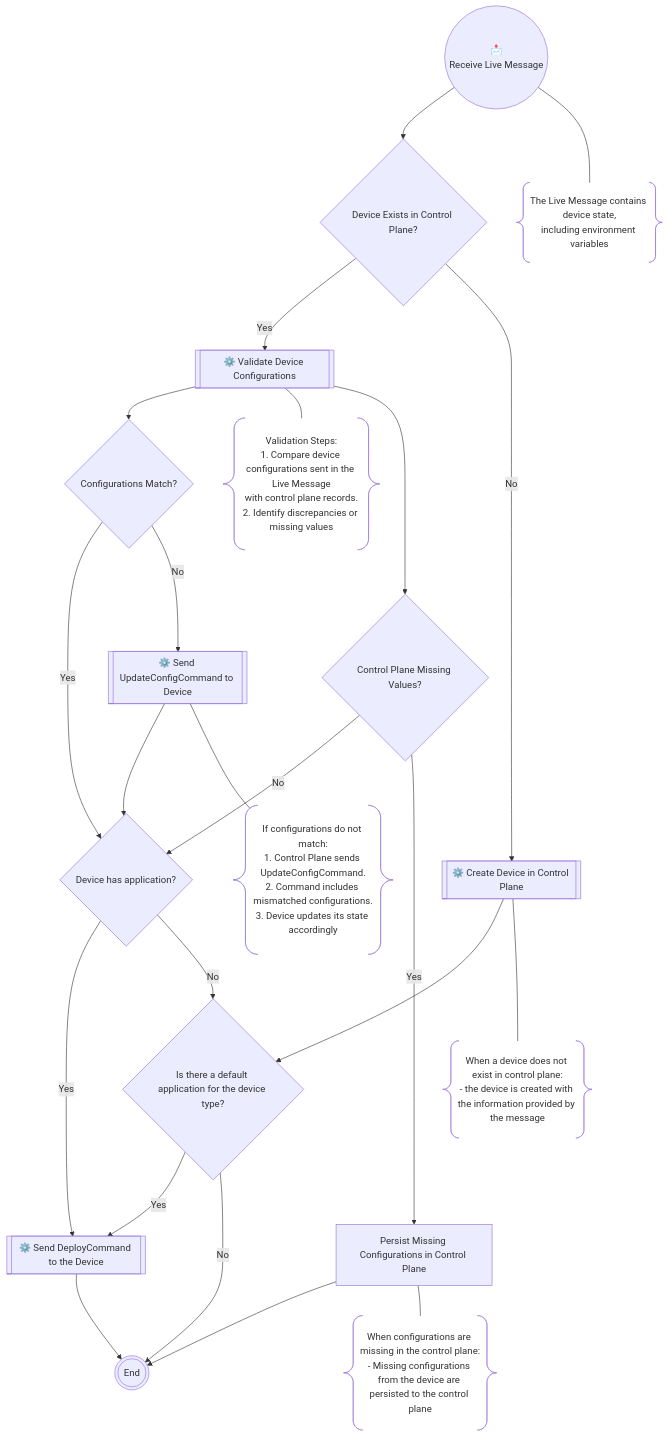
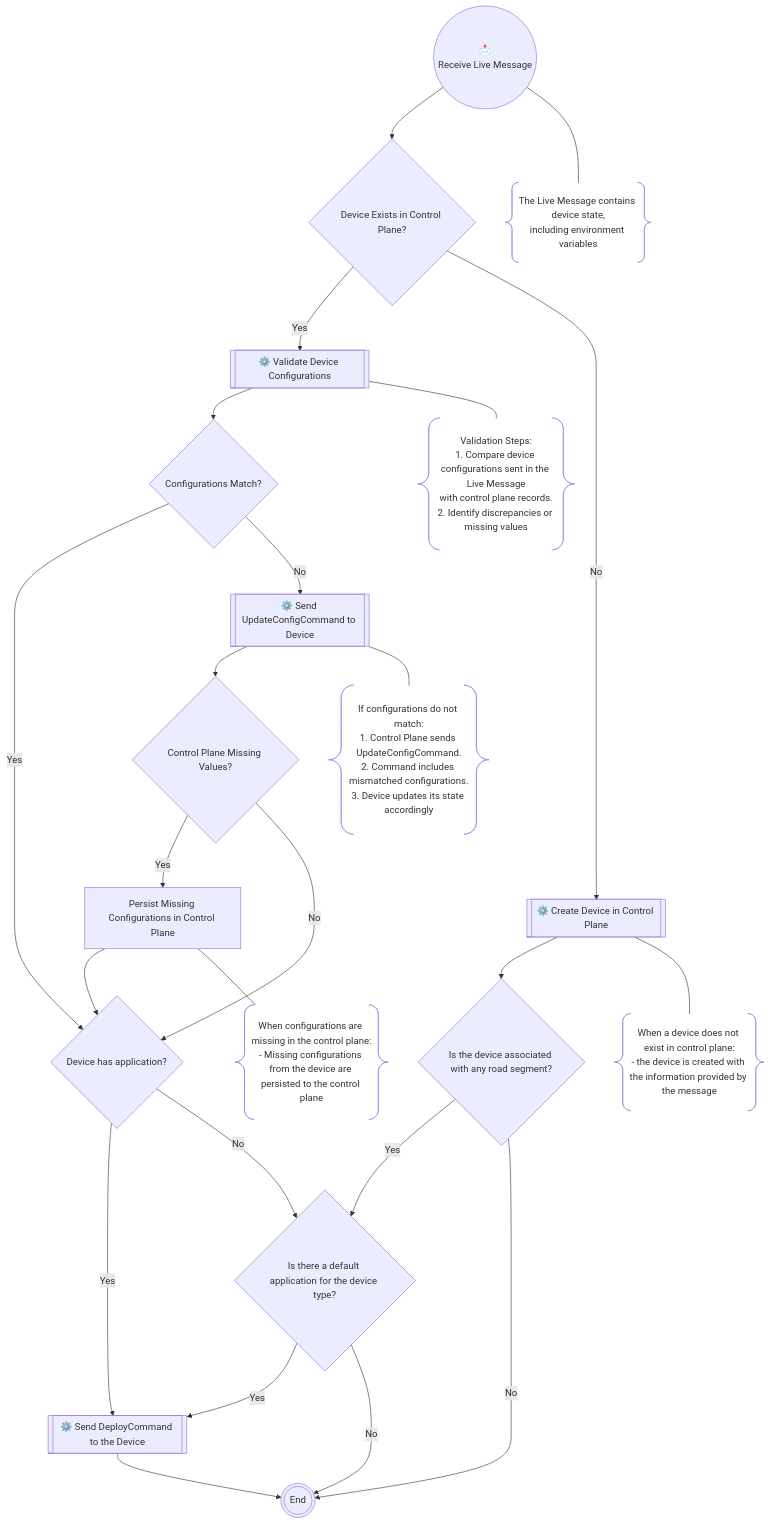
Before and after one commit to upv-tfm-iot/documentation: the diagram in _pages/7-live-message-flow.md, drawn with Mermaid.

Commit message:
update project

````diff
--- a/_pages/7-live-message-flow.md
+++ b/_pages/7-live-message-flow.md
@@ -11,38 +11,46 @@
 ```mermaid
 flowchart TD
     ReceiveMessage@{ shape: circle, label: "📩 <br/>Receive Live Message" }
     ReceiveMessage --> DeviceExists@{ shape: decision, label: "Device Exists in Control Plane?" }
     ReceiveMessage --- NoteReceive@{ shape: braces, label: "The Live Message contains device state,<br/>including environment variables" }
 
+    End@{ shape: dbl-circ, label: "End" }
+
     %% Device existence check
     DeviceExists -- Yes --> ValidateConfigurations@{ shape: subproc, label: "⚙️ Validate Device Configurations"}
     DeviceExists -- No --> CreateDevice@{ shape: subproc, label: "⚙️ Create Device in Control Plane"}
-    CreateDevice --> DefaultApplication{ Is there a default application for the device type? }
+    CreateDevice --> CheckDeviceSegment@{shape: decision, label: "Is the device associated with any road segment?" }
     CreateDevice --- NoteCreate@{ shape: braces, label: "When a device does not exist in control plane:<br/>- the device is created with the information provided by the message"}
+    CheckDeviceSegment -- Yes --> DefaultApplication{ Is there a default application for the device type? }
+    CheckDeviceSegment -- No --> End
 
     %% Validation configurations path
     ValidateConfigurations --> ConfigurationsMatch{Configurations Match?}
     ConfigurationsMatch -- Yes --> DeviceHasApplication{Device has application?}
+
     ConfigurationsMatch -- No --> UpdateCommand@{ shape: subproc, label: "⚙️ Send UpdateConfigCommand to Device"}
-    UpdateCommand --> DeviceHasApplication
+
+    
+    UpdateCommand --> MissingValues{Control Plane Missing Values?}
+
     ValidateConfigurations --- NoteValidate@{ shape: braces, label: "Validation Steps:<br/>1. Compare device configurations sent in the Live Message<br/>with control plane records.<br/>2. Identify discrepancies or missing values" }
     UpdateCommand --- NoteUpdate@{ shape: braces, label: "If configurations do not match:<br/>1. Control Plane sends UpdateConfigCommand.<br/>2. Command includes mismatched configurations.<br/>3. Device updates its state accordingly"}
 
     %% Control Plane Missing Values Path
-    ValidateConfigurations --> MissingValues{Control Plane Missing Values?}
     
-    PersistConfig --> End@{ shape: dbl-circ, label: "End" }
+    MissingValues -- Yes --> PersistConfig[Persist Missing Configurations in Control Plane]
+    PersistConfig --> DeviceHasApplication
     MissingValues -- No --> DeviceHasApplication
     PersistConfig --- NotePersist@{ shape: braces, label: "When configurations are missing in the control plane:<br/>- Missing configurations from the device are persisted to the control plane" }
 
     %% check if there is any application marked as default for the device type
-    DefaultApplication -- Yes --> DeployCommand@{ shape: subproc, label: "⚙️ Send DeployCommand to the Device"}
+    DefaultApplication{ Is there a default application for the device type? } -- Yes --> DeployCommand@{ shape: subproc, label: "⚙️ Send DeployCommand to the Device"}
     DefaultApplication -- No --> End
-
-    MissingValues -- Yes --> PersistConfig[Persist Missing Configurations in Control Plane]
 
     %% Check if the device has an application associated with it
     DeviceHasApplication -- Yes --> DeployCommand
     DeviceHasApplication -- No --> DefaultApplication
     DeployCommand --> End
+
+    %% Check if the device has all needed information to deploy an application
 ```
````
